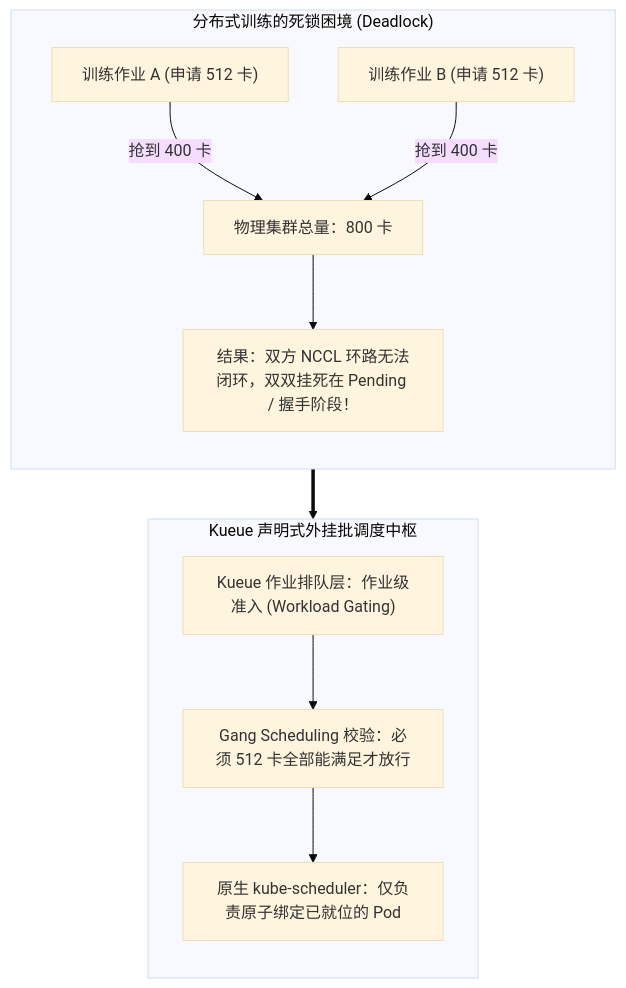
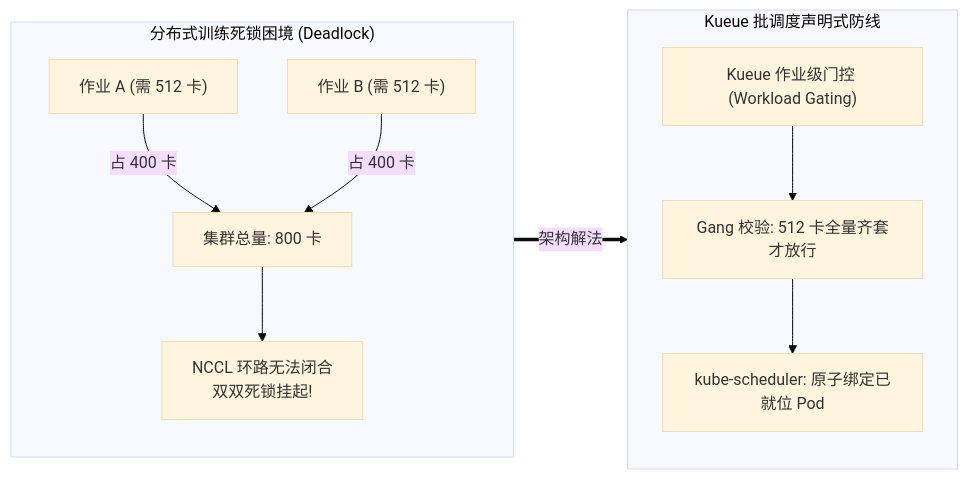
Before and after one commit to MoreConsequence/MoreConsequence.github.io: the first of 4 diagrams in content/posts/kubernetes-internals/k8s-21-ai-llm-batch-scheduling-kueue-gang.md, drawn with Mermaid (base theme). The commit also changed other lines of this file and 835 other files, not shown here.

First line of the commit message:
feat(blog): 全站33篇新增深度专栏与博文全量审核上线及矢量图表优化

````diff
--- a/content/posts/kubernetes-internals/k8s-21-ai-llm-batch-scheduling-kueue-gang.md
+++ b/content/posts/kubernetes-internals/k8s-21-ai-llm-batch-scheduling-kueue-gang.md
@@ -41,23 +41,19 @@
 ```mermaid
-flowchart TD
-    subgraph Problem["分布式训练的死锁困境 (Deadlock)"]
+flowchart LR
+    subgraph Problem["分布式训练死锁困境 (Deadlock)"]
         direction TB
-        Job1["训练作业 A (申请 512 卡)"]
-        Job2["训练作业 B (申请 512 卡)"]
-        Cluster["物理集群总量：800 卡"]
-        Job1 -->|"抢到 400 卡"| Cluster
-        Job2 -->|"抢到 400 卡"| Cluster
-        Result["结果：双方 NCCL 环路无法闭环，双双挂死在 Pending / 握手阶段！"]
-        Cluster --> Result
+        Job1["作业 A (需 512 卡)"] -->|"占 400 卡"| Cluster["集群总量: 800 卡"]
+        Job2["作业 B (需 512 卡)"] -->|"占 400 卡"| Cluster
+        Cluster --> Result["NCCL 环路无法闭合<br/>双双死锁挂起!"]
     end
 
-    subgraph Solution["Kueue 声明式外挂批调度中枢"]
+    subgraph Solution["Kueue 批调度声明式防线"]
         direction TB
-        KueueQueue["Kueue 作业排队层：作业级准入 (Workload Gating)"]
-        GangCheck["Gang Scheduling 校验：必须 512 卡全部能满足才放行"]
-        Scheduler["原生 kube-scheduler：仅负责原子绑定已就位的 Pod"]
+        KueueQueue["Kueue 作业级门控 (Workload Gating)"]
+        GangCheck["Gang 校验: 512 卡全量齐套才放行"]
+        Scheduler["kube-scheduler: 原子绑定已就位 Pod"]
         KueueQueue --> GangCheck --> Scheduler
     end
 
-    Problem ==> Solution
+    Problem ==>|"架构解法"| Solution
 ```
````
